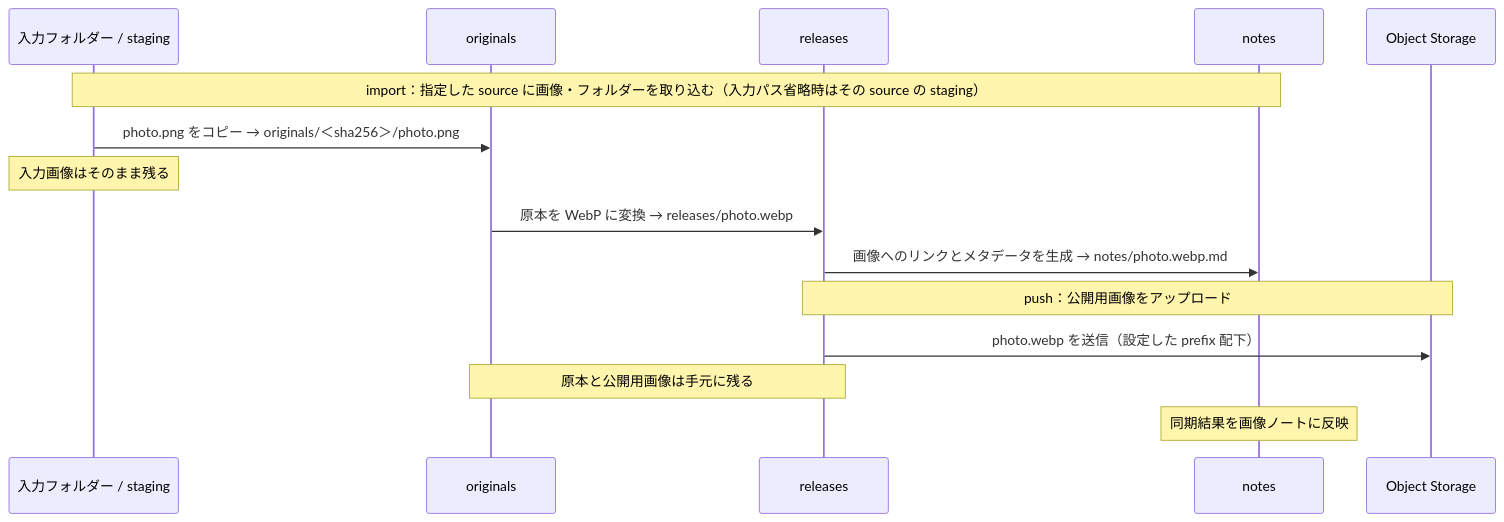
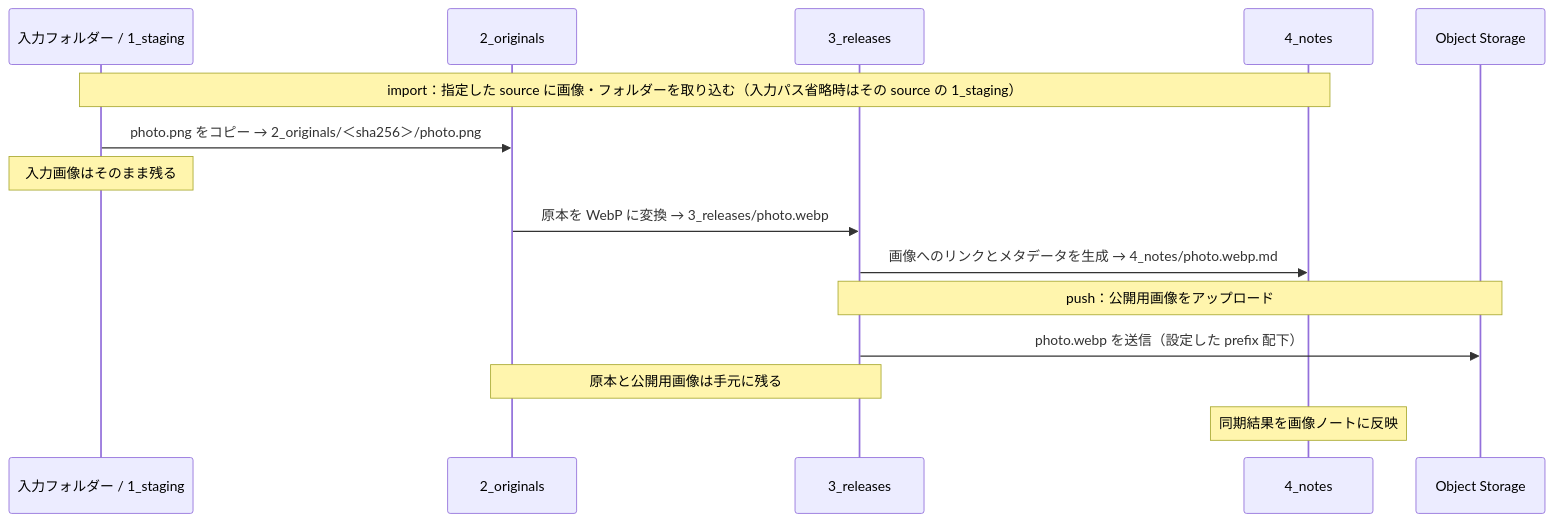
The third of 6 diagrams in README.md (tuckn/tkn_object_storage_catalog), drawn with Mermaid before and after one commit. The commit also changed other lines of this file and 20 other files, not shown here.

````diff
--- a/README.md
+++ b/README.md
@@ -902,18 +945,18 @@
 ```mermaid
 sequenceDiagram
-    participant Input as 入力フォルダー / staging
-    participant Originals as originals
-    participant Releases as releases
-    participant Notes as notes
+    participant Input as 入力フォルダー / 1_staging
+    participant Originals as 2_originals
+    participant Releases as 3_releases
+    participant Notes as 4_notes
     participant Cloud as Object Storage
 
-    Note over Input,Notes: import：指定した source に画像・フォルダーを取り込む（入力パス省略時はその source の staging）
-    Input->>Originals: photo.png をコピー → originals/＜sha256＞/photo.png
+    Note over Input,Notes: import：指定した source に画像・フォルダーを取り込む（入力パス省略時はその source の 1_staging）
+    Input->>Originals: photo.png をコピー → 2_originals/＜sha256＞/photo.png
     Note over Input: 入力画像はそのまま残る
-    Originals->>Releases: 原本を WebP に変換 → releases/photo.webp
-    Releases->>Notes: 画像へのリンクとメタデータを生成 → notes/photo.webp.md
+    Originals->>Releases: 原本を WebP に変換 → 3_releases/photo.webp
+    Releases->>Notes: 画像へのリンクとメタデータを生成 → 4_notes/photo.webp.md
     Note over Releases,Cloud: push：公開用画像をアップロード
     Releases->>Cloud: photo.webp を送信（設定した prefix 配下）
     Note over Originals,Releases: 原本と公開用画像は手元に残る
     Note over Notes: 同期結果を画像ノートに反映
 ```
````
